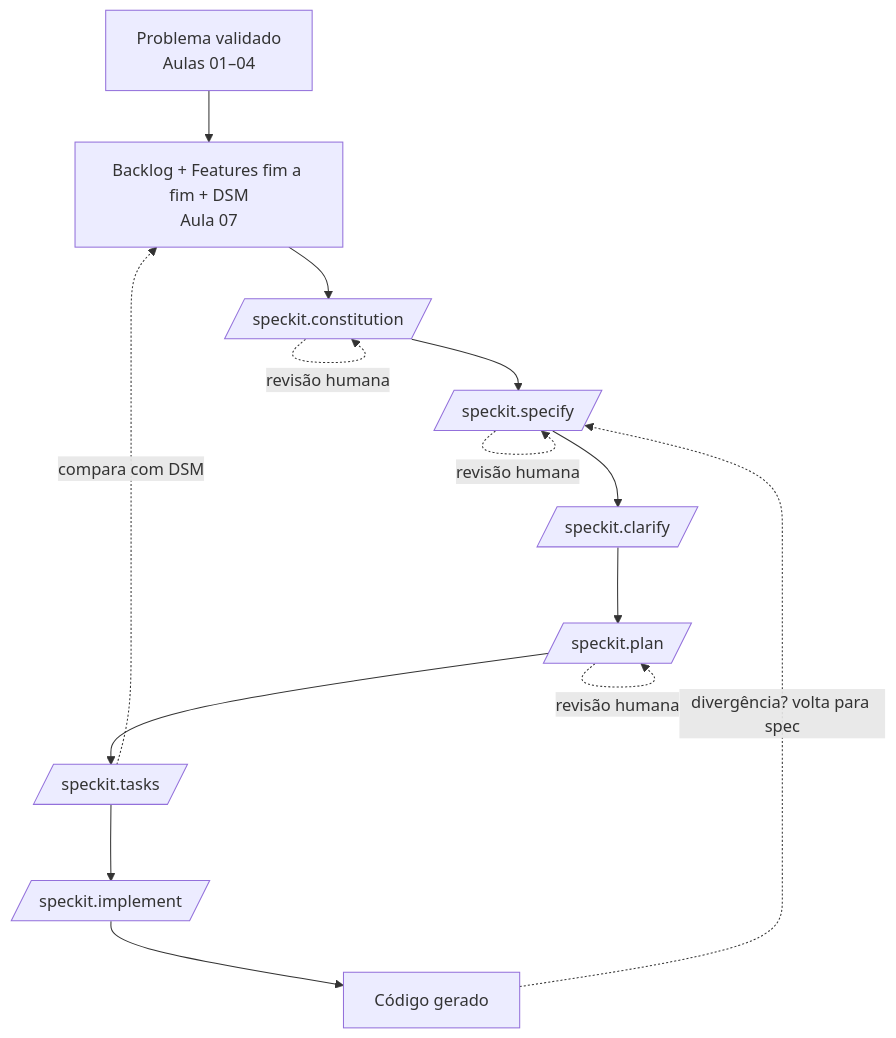
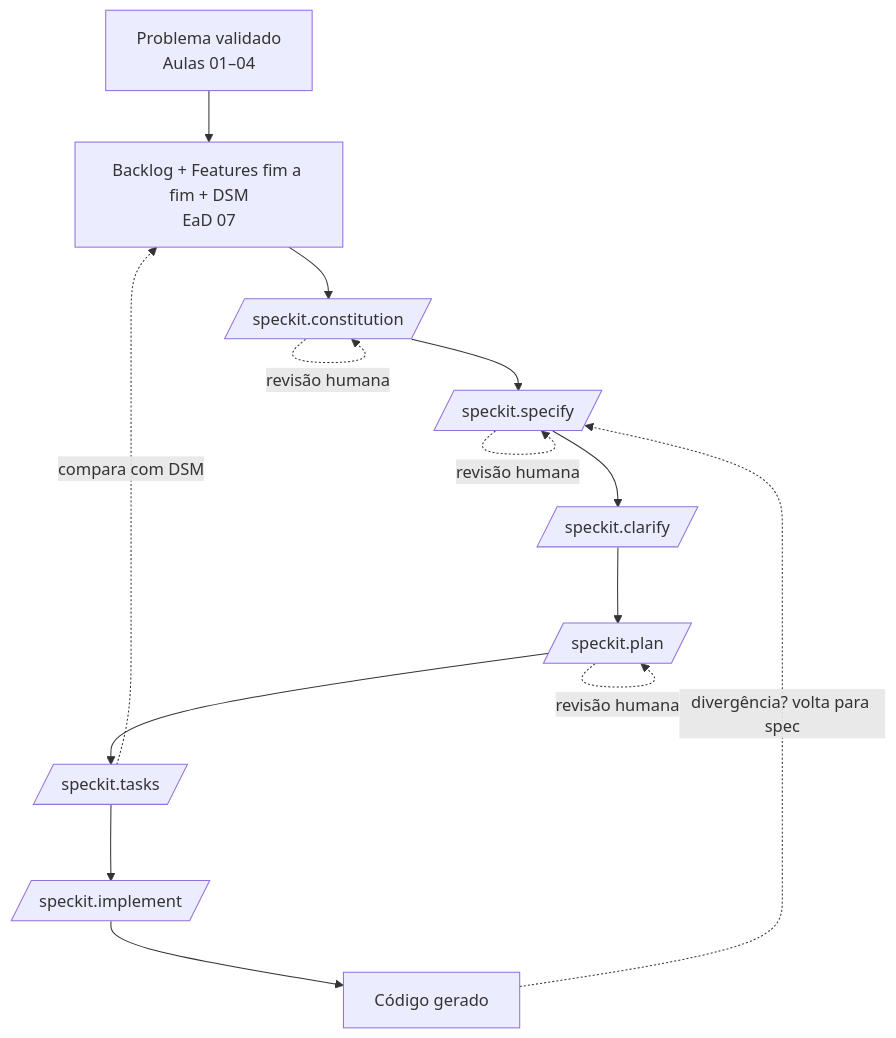
One commit to paulossjunior/aula-extensao changed the diagram in docs/plano-de-aula/aulas/aula-09-2026-10-05.md. Above: the diagram before and after it, drawn with Mermaid. The commit also changed other lines of this file and 23 other files, not shown here.

````diff
--- a/docs/plano-de-aula/aulas/aula-09-2026-10-05.md
+++ b/docs/plano-de-aula/aulas/aula-09-2026-10-05.md
@@ -112,17 +109,17 @@
 ```mermaid
 flowchart TD
-    A[Problema validado<br/>Aulas 01–04] --> B[Backlog + Features fim a fim + DSM<br/>Aula 07]
+    A[Problema validado<br/>Aulas 01–04] --> B[Backlog + Features fim a fim + DSM<br/>EaD 07]
     B --> C[/speckit.constitution/]
     C --> D[/speckit.specify/]
     D --> E[/speckit.clarify/]
     E --> F[/speckit.plan/]
     F --> G[/speckit.tasks/]
     G --> H[/speckit.implement/]
     H --> I[Código gerado]
 
     C -. revisão humana .-> C
     D -. revisão humana .-> D
     F -. revisão humana .-> F
     G -. compara com DSM .-> B
     I -. divergência? volta para spec .-> D
 ```
````
